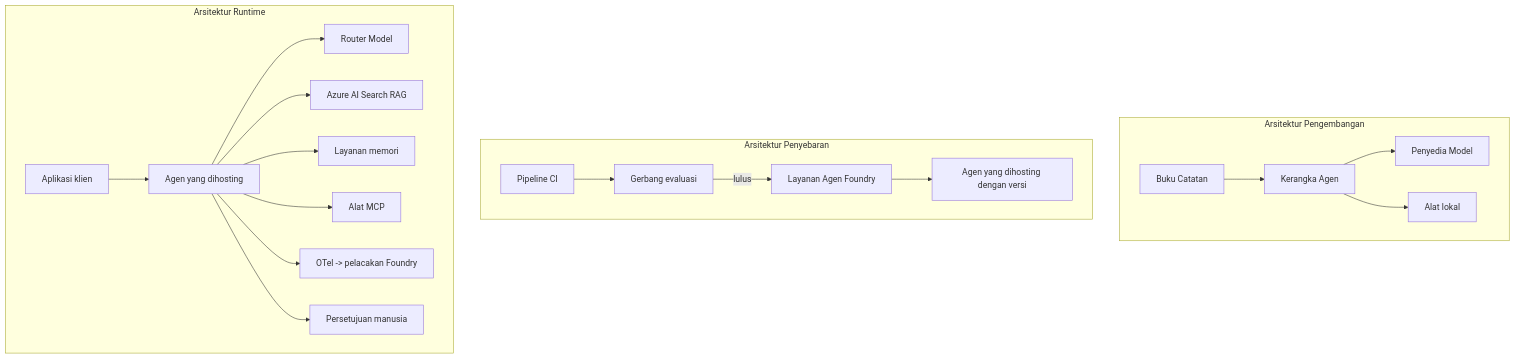
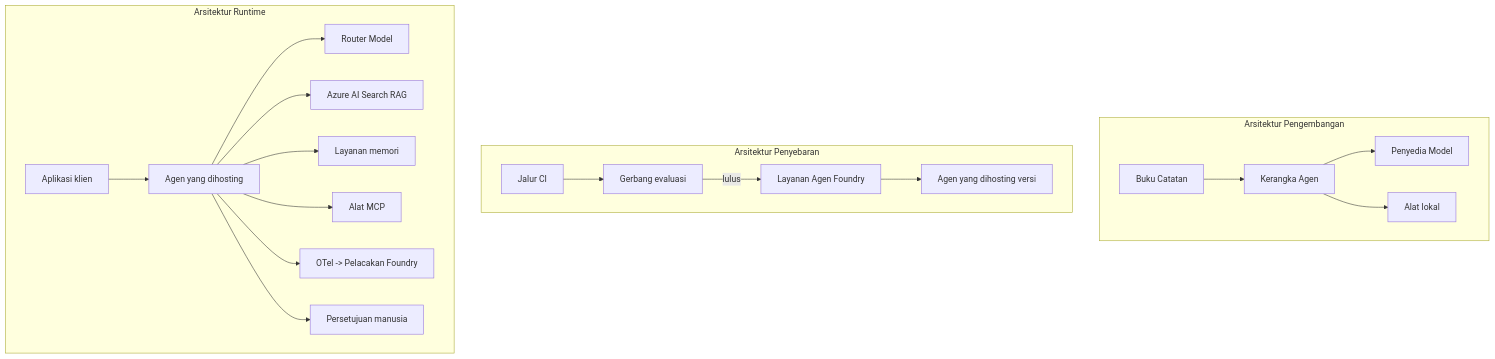
One commit to gabrielmoreira/agent-skills-mirror changed the fourth of 4 diagrams in mirrors/repos/microsoft@ai-agents-for-beginners/translations/id/16-deploying-scalable-agents/README.md. Above: the diagram before and after it, drawn with Mermaid. The commit also changed other lines of this file and 4262 other files, not shown here.

````diff
--- a/mirrors/repos/microsoft@ai-agents-for-beginners/translations/id/16-deploying-scalable-agents/README.md
+++ b/mirrors/repos/microsoft@ai-agents-for-beginners/translations/id/16-deploying-scalable-agents/README.md
@@ -185,22 +185,22 @@
 ```mermaid
 flowchart TB
     subgraph Dev[Arsitektur Pengembangan]
         D1[Buku Catatan] --> D2[Kerangka Agen]
         D2 --> D3[Penyedia Model]
         D2 --> D4[Alat lokal]
     end
     subgraph Deploy[Arsitektur Penyebaran]
-        E1[Pipeline CI] --> E2[Gerbang evaluasi]
+        E1[Jalur CI] --> E2[Gerbang evaluasi]
         E2 -->|lulus| E3[Layanan Agen Foundry]
-        E3 --> E4[Agen yang dihosting dengan versi]
+        E3 --> E4[Agen yang dihosting versi]
     end
     subgraph Run[Arsitektur Runtime]
         F1[Aplikasi klien] --> F2[Agen yang dihosting]
         F2 --> F3[Router Model]
         F2 --> F4[Azure AI Search RAG]
         F2 --> F5[Layanan memori]
         F2 --> F6[Alat MCP]
-        F2 --> F7[OTel -> pelacakan Foundry]
+        F2 --> F7[OTel -> Pelacakan Foundry]
         F2 --> F8[Persetujuan manusia]
     end
 ```
````
